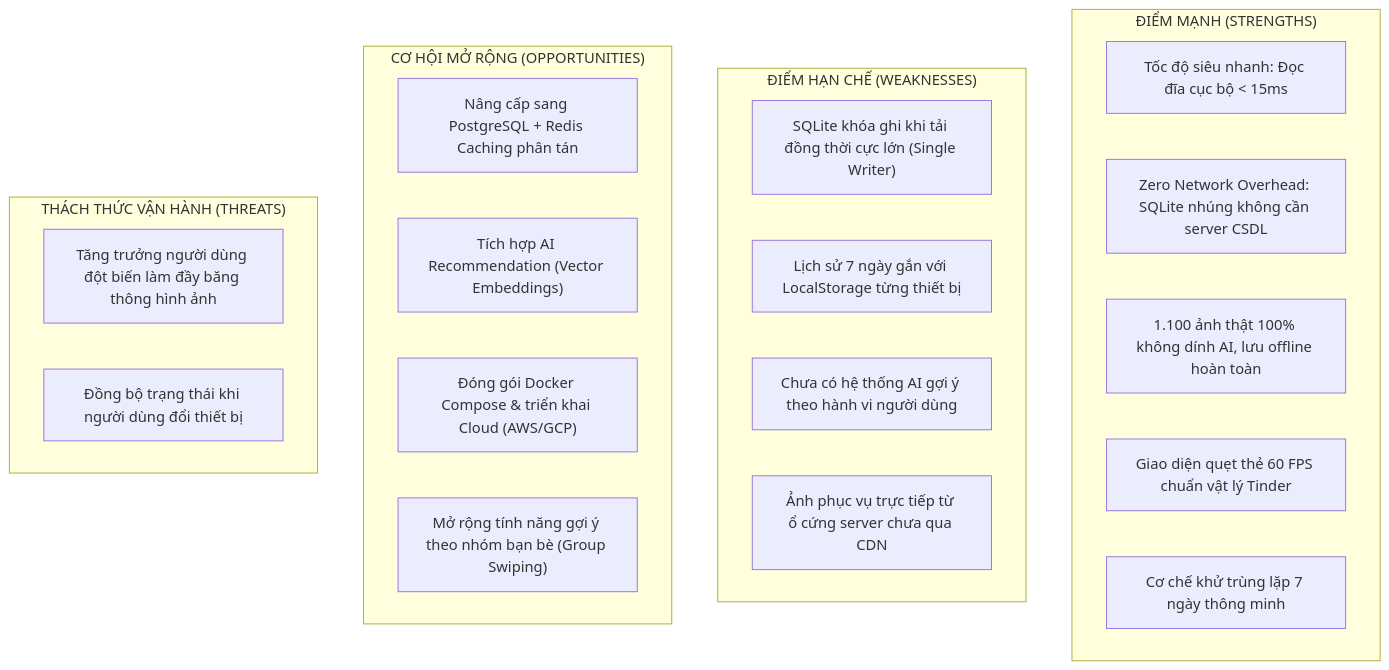
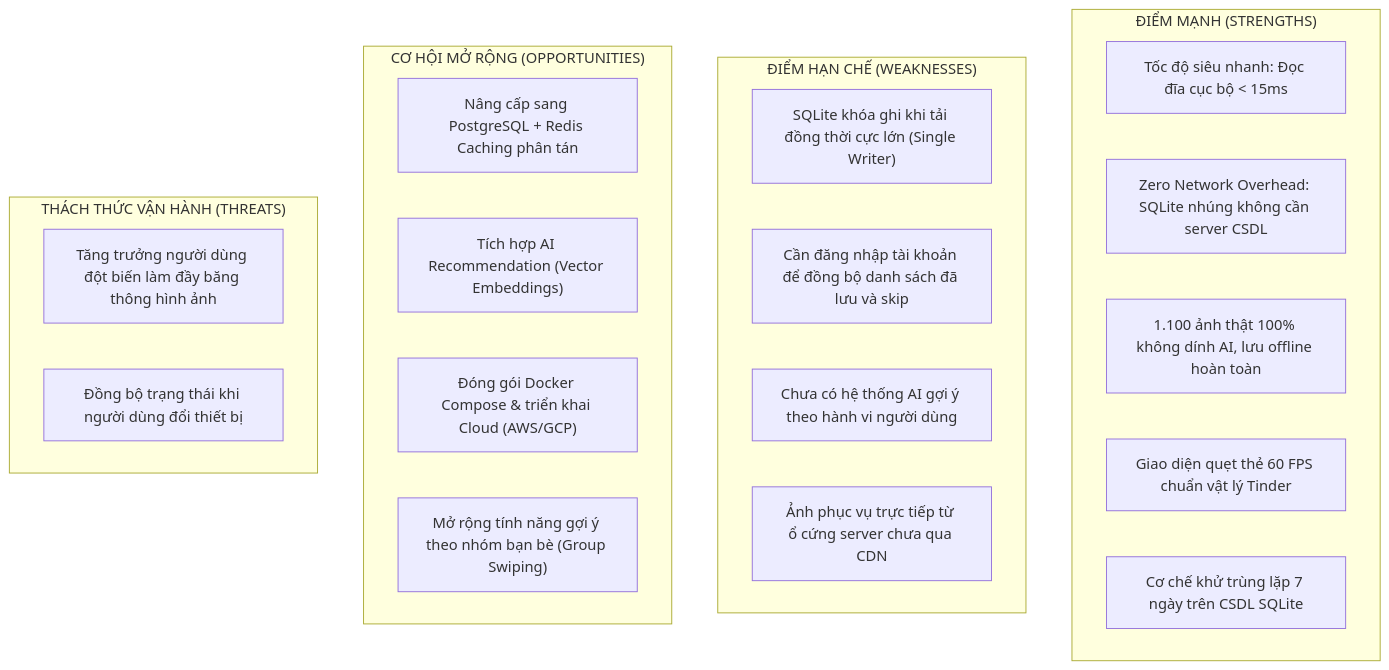
One commit to snowwminhduc1212/YumYumPick changed the first of 2 diagrams in docs/12_SYSTEM_EVALUATION_AND_SCALABILITY_ROADMAP.md. Above: the diagram before and after it, drawn with Mermaid. The commit also changed other lines of this file and 7 other files, not shown here.

````diff
--- a/docs/12_SYSTEM_EVALUATION_AND_SCALABILITY_ROADMAP.md
+++ b/docs/12_SYSTEM_EVALUATION_AND_SCALABILITY_ROADMAP.md
@@ -13,29 +13,29 @@
 ```mermaid
 graph TD
     subgraph STRENGTHS["ĐIỂM MẠNH (STRENGTHS)"]
         S1["Tốc độ siêu nhanh: Đọc đĩa cục bộ < 15ms"]
         S2["Zero Network Overhead: SQLite nhúng không cần server CSDL"]
         S3["1.100 ảnh thật 100% không dính AI, lưu offline hoàn toàn"]
         S4["Giao diện quẹt thẻ 60 FPS chuẩn vật lý Tinder"]
-        S5["Cơ chế khử trùng lặp 7 ngày thông minh"]
+        S5["Cơ chế khử trùng lặp 7 ngày trên CSDL SQLite"]
     end
 
     subgraph WEAKNESSES["ĐIỂM HẠN CHẾ (WEAKNESSES)"]
         W1["SQLite khóa ghi khi tải đồng thời cực lớn (Single Writer)"]
-        W2["Lịch sử 7 ngày gắn với LocalStorage từng thiết bị"]
+        W2["Cần đăng nhập tài khoản để đồng bộ danh sách đã lưu và skip"]
         W3["Chưa có hệ thống AI gợi ý theo hành vi người dùng"]
         W4["Ảnh phục vụ trực tiếp từ ổ cứng server chưa qua CDN"]
     end
 
     subgraph OPPORTUNITIES["CƠ HỘI MỞ RỘNG (OPPORTUNITIES)"]
         O1["Nâng cấp sang PostgreSQL + Redis Caching phân tán"]
         O2["Tích hợp AI Recommendation (Vector Embeddings)"]
         O3["Đóng gói Docker Compose & triển khai Cloud (AWS/GCP)"]
         O4["Mở rộng tính năng gợi ý theo nhóm bạn bè (Group Swiping)"]
     end
 
     subgraph THREATS["THÁCH THỨC VẬN HÀNH (THREATS)"]
         T1["Tăng trưởng người dùng đột biến làm đầy băng thông hình ảnh"]
         T2["Đồng bộ trạng thái khi người dùng đổi thiết bị"]
     end
 ```
````
